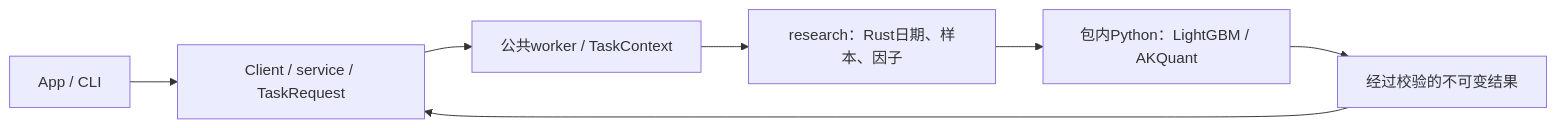
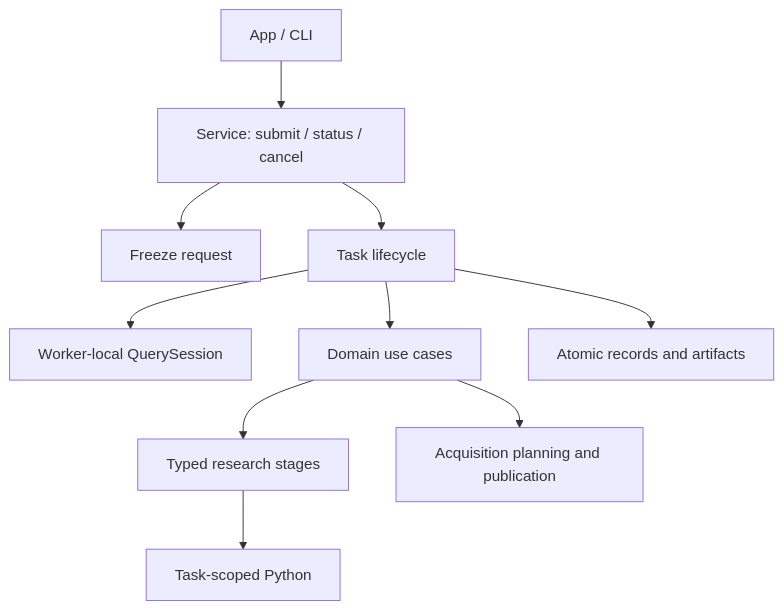
Before and after one commit to Dennishaha/JFQuant: the first of 2 diagrams in crates/workflow/README.md, drawn with Mermaid. The commit also changed other lines of this file and 84 other files, not shown here.

Commit message:
refactor: split workflow orchestration and enforce architecture boundaries

````diff
--- a/crates/workflow/README.md
+++ b/crates/workflow/README.md
@@ -8,9 +16,12 @@
 ```mermaid
-flowchart LR
- C[App / CLI] --> S[Client / service / TaskRequest]
- S --> W[公共worker / TaskContext]
- W --> R[research：Rust日期、样本、因子]
- R --> P[包内Python：LightGBM / AKQuant]
- P --> O[经过校验的不可变结果]
- O --> S
+flowchart TD
+ C[App / CLI] --> S[Service: submit / status / cancel]
+ S --> F[Freeze request]
+ S --> W[Task lifecycle]
+ W --> Q[Worker-local QuerySession]
+ W --> U[Domain use cases]
+ U --> R[Typed research stages]
+ U --> A[Acquisition planning and publication]
+ R --> P[Task-scoped Python]
+ W --> D[Atomic records and artifacts]
 ```
````
